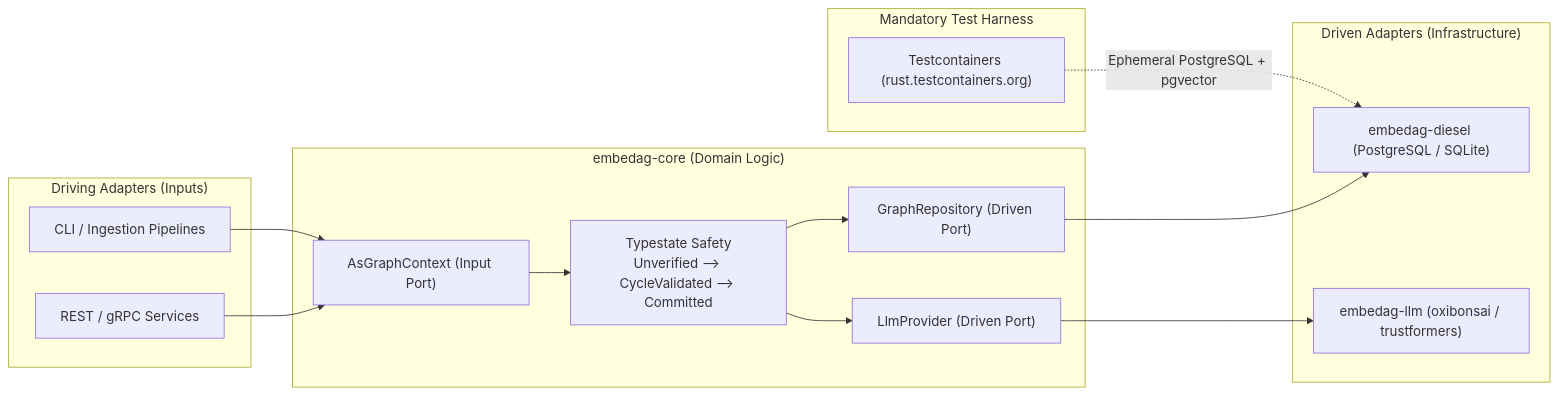
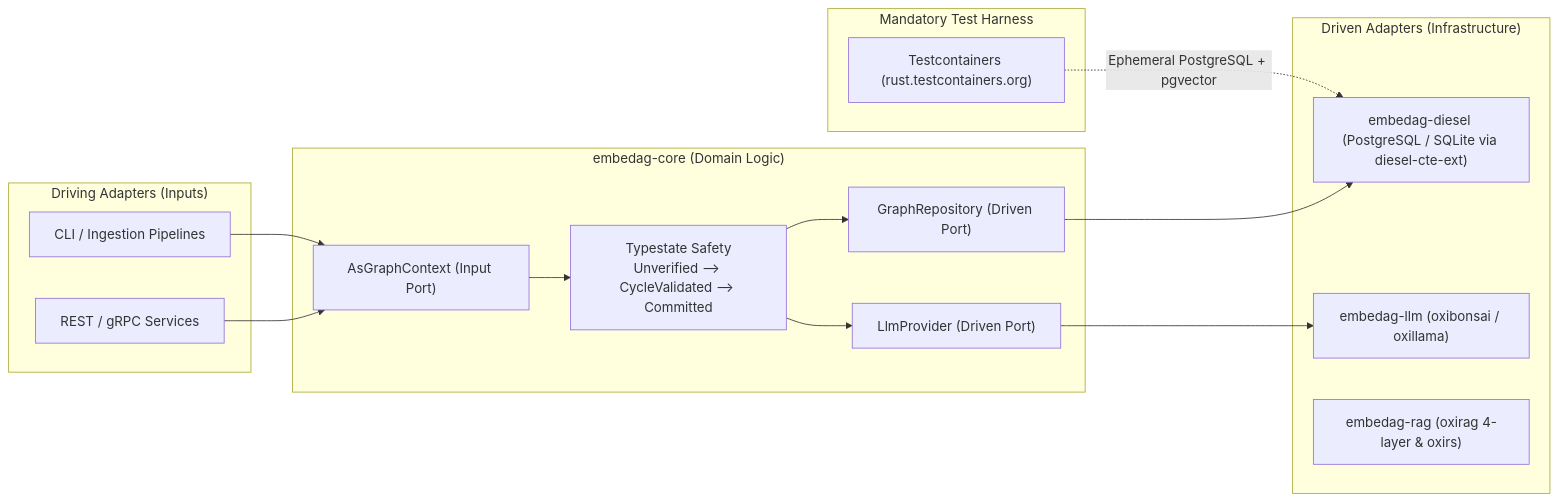
The diagram in doc/03_Architectural_Design_Patterns.md (yasuomaidana/embedag), drawn with Mermaid before and after one commit. The commit also changed other lines of this file and 12 other files, not shown here.

Commit message:
feat: enhance documentation for extraction schemas and retrieval architecture

````diff
--- a/doc/03_Architectural_Design_Patterns.md
+++ b/doc/03_Architectural_Design_Patterns.md
@@ -21,30 +21,31 @@
 ```mermaid
 flowchart LR
     subgraph DrivingAdapters ["Driving Adapters (Inputs)"]
         CLI["CLI / Ingestion Pipelines"]
         REST["REST / gRPC Services"]
     end
 
     subgraph CorePort ["embedag-core (Domain Logic)"]
         AsContext["AsGraphContext (Input Port)"]
         RepoPort["GraphRepository (Driven Port)"]
         LlmPort["LlmProvider (Driven Port)"]
         Typestate["Typestate Safety<br/>Unverified --> CycleValidated --> Committed"]
     end
 
     subgraph DrivenAdapters ["Driven Adapters (Infrastructure)"]
-        Diesel["embedag-diesel (PostgreSQL / SQLite)"]
-        LLM["embedag-llm (oxibonsai / trustformers)"]
+        Diesel["embedag-diesel (PostgreSQL / SQLite via diesel-cte-ext)"]
+        LLM["embedag-llm (oxibonsai / oxillama)"]
+        RAG["embedag-rag (oxirag 4-layer & oxirs)"]
     end
 
     subgraph TestHarness ["Mandatory Test Harness"]
         TC["Testcontainers (rust.testcontainers.org)"]
     end
 
     CLI & REST --> AsContext
     AsContext --> Typestate
     Typestate --> RepoPort & LlmPort
     RepoPort --> Diesel
     LlmPort --> LLM
     TC -.->|Ephemeral PostgreSQL + pgvector| Diesel
 ```
````
